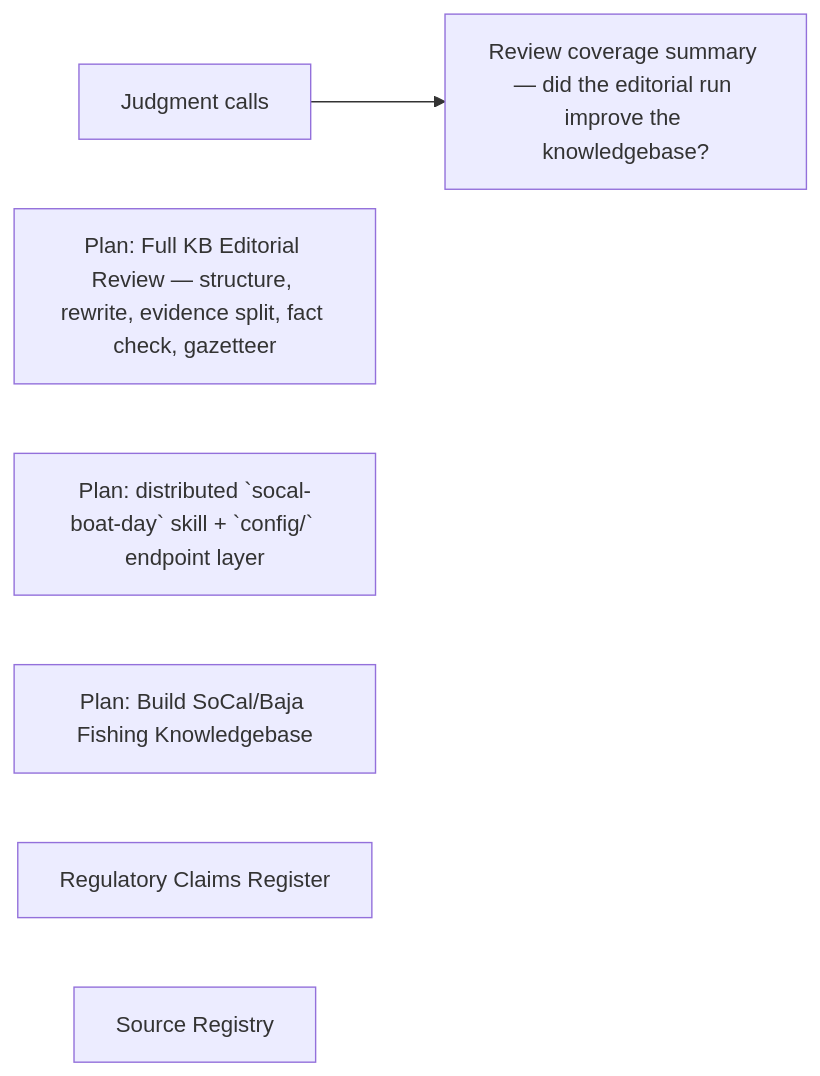
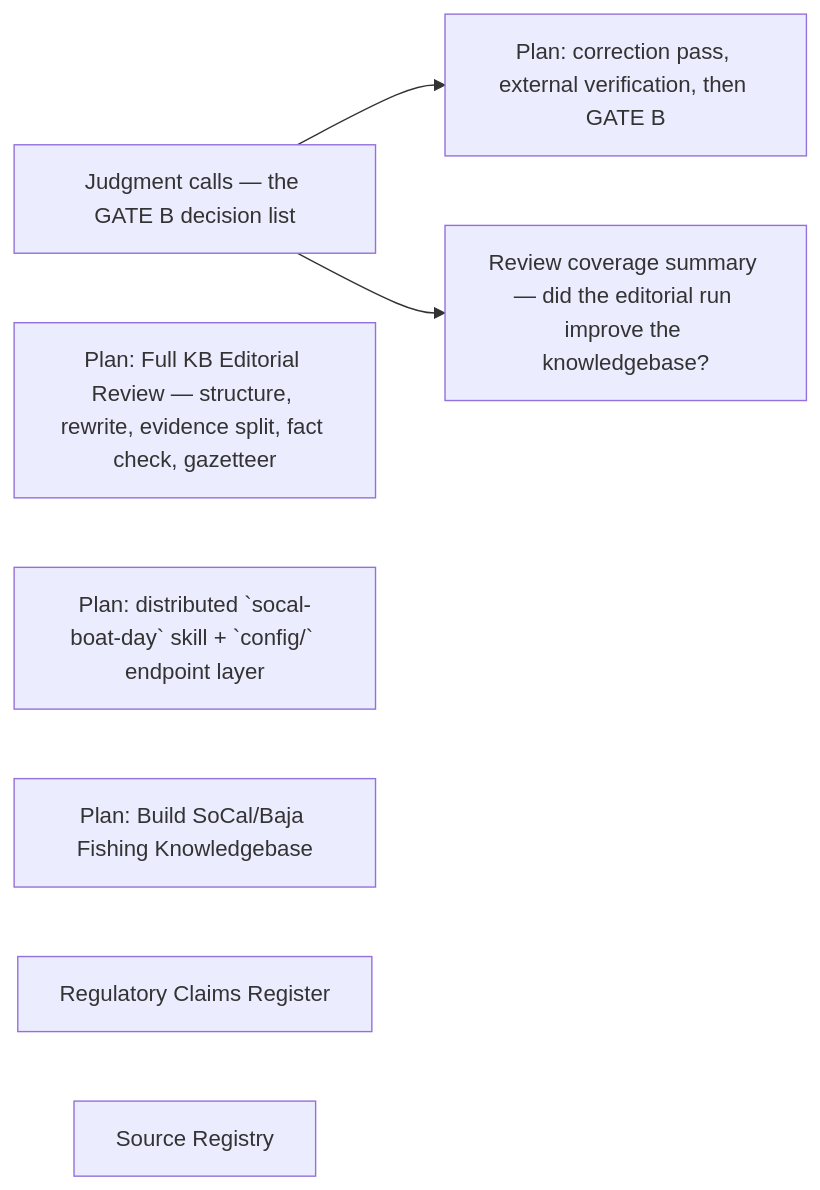
Before and after one commit to camchuckpete-max/Socal-Fishing-Knowledge: the diagram in sources/README.md, drawn with Mermaid. The commit also changed other lines of this file and 6 other files, not shown here.

````diff
--- a/sources/README.md
+++ b/sources/README.md
@@ -35,11 +36,13 @@
 ```mermaid
 graph LR
-  n0["Judgment calls"]
-  n1["Plan: Full KB Editorial Review — structure, rewrite, evidence split, fact check, gazetteer"]
-  n2["Plan: distributed `socal-boat-day` skill + `config/` endpoint layer"]
-  n3["Plan: Build SoCal/Baja Fishing Knowledgebase"]
-  n4["Regulatory Claims Register"]
-  n5["Review coverage summary — did the editorial run improve the knowledgebase?"]
-  n6["Source Registry"]
-  n0 --> n5
+  n0["Judgment calls — the GATE B decision list"]
+  n1["Plan: correction pass, external verification, then GATE B"]
+  n2["Plan: Full KB Editorial Review — structure, rewrite, evidence split, fact check, gazetteer"]
+  n3["Plan: distributed `socal-boat-day` skill + `config/` endpoint layer"]
+  n4["Plan: Build SoCal/Baja Fishing Knowledgebase"]
+  n5["Regulatory Claims Register"]
+  n6["Review coverage summary — did the editorial run improve the knowledgebase?"]
+  n7["Source Registry"]
+  n0 --> n1
+  n0 --> n6
 ```
````
